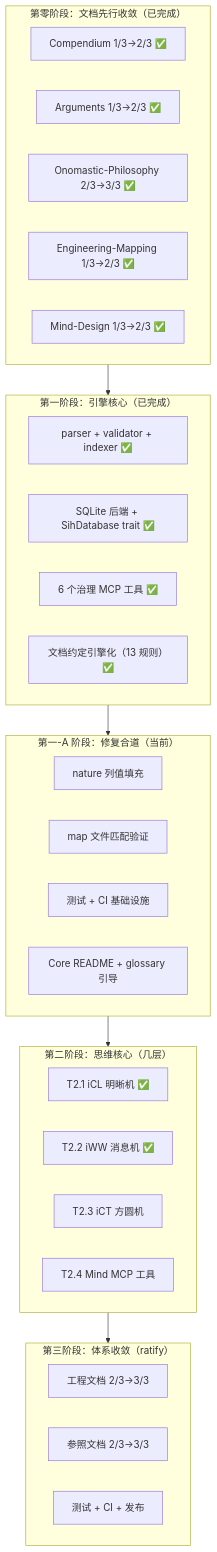
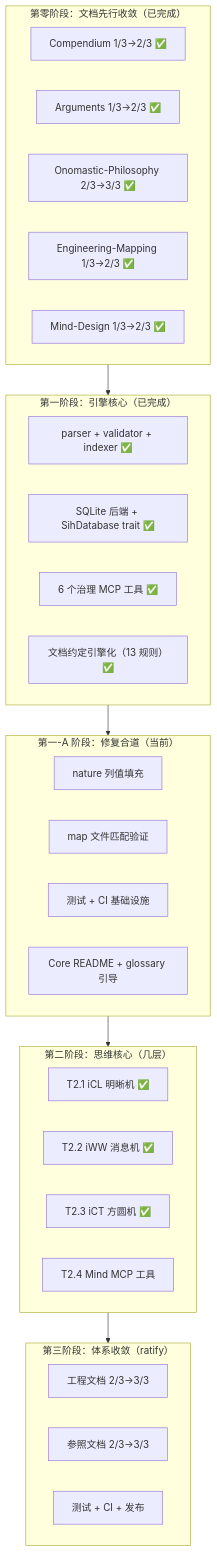
The second of 3 diagrams in docs/specs/engineering/SiHankor-Engine-Roadmap.sih.md (sgmov/sihankor), drawn with Mermaid before and after one commit. The commit also changed other lines of this file and 3 other files, not shown here.

````diff
--- a/docs/specs/engineering/SiHankor-Engine-Roadmap.sih.md
+++ b/docs/specs/engineering/SiHankor-Engine-Roadmap.sih.md
@@ -137,42 +138,42 @@
 ```mermaid
 flowchart TB
     subgraph Phase0["第零阶段：文档先行收敛（已完成）"]
         D0a["Compendium 1/3→2/3 ✅"]
         D0b["Arguments 1/3→2/3 ✅"]
         D0c["Onomastic-Philosophy 2/3→3/3 ✅"]
         D0d["Engineering-Mapping 1/3→2/3 ✅"]
         D0e["Mind-Design 1/3→2/3 ✅"]
     end
 
     subgraph Phase1["第一阶段：引擎核心（已完成）"]
         A1["parser + validator + indexer ✅"]
         A2["SQLite 后端 + SihDatabase trait ✅"]
         A3["6 个治理 MCP 工具 ✅"]
         A4["文档约定引擎化（13 规则）✅"]
     end
 
     subgraph Phase1a["第一-A 阶段：修复合道（当前）"]
         A5["nature 列值填充"]
         A6["map 文件匹配验证"]
         A7["测试 + CI 基础设施"]
         A8["Core README + glossary 引导"]
     end
 
     subgraph Phase2["第二阶段：思维核心（几层）"]
         B1["T2.1 iCL 明晰机 ✅"]
         B2["T2.2 iWW 消息机 ✅"]
-        B3["T2.3 iCT 方圆机"]
+        B3["T2.3 iCT 方圆机 ✅"]
         B4["T2.4 Mind MCP 工具"]
     end
 
     subgraph Phase3["第三阶段：体系收敛（ratify）"]
         C1["工程文档 2/3→3/3"]
         C2["参照文档 2/3→3/3"]
         C3["测试 + CI + 发布"]
     end
 
     Phase0 --> Phase1
     Phase1 --> Phase1a
     Phase1a --> Phase2
     Phase2 --> Phase3
 ```
````
